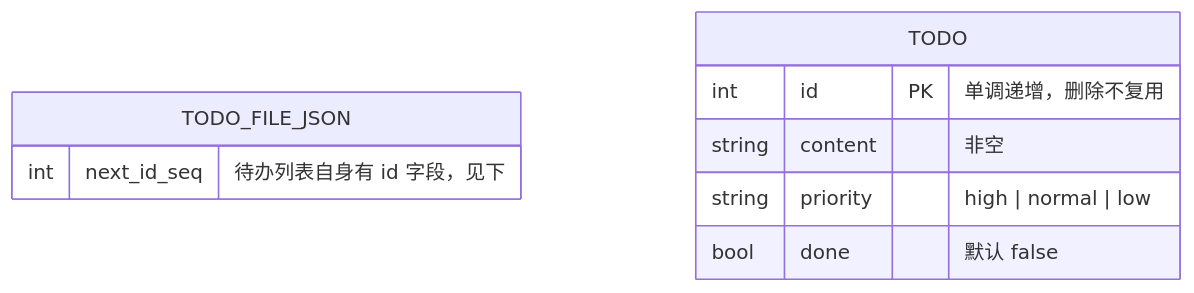
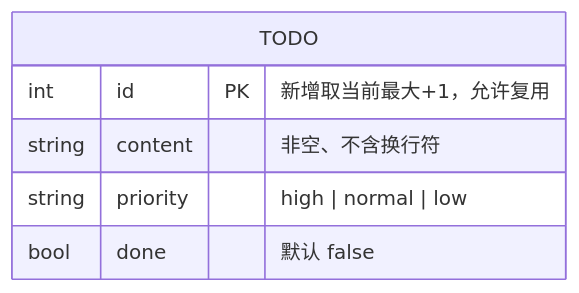
Before and after one commit to ChiangyangNPU/spec-pilot: the sixth of 7 diagrams in examples/todo-cli/docs/02-design.md, drawn with Mermaid. The commit also changed other lines of this file and 1 other file, not shown here.

````diff
--- a/examples/todo-cli/docs/02-design.md
+++ b/examples/todo-cli/docs/02-design.md
@@ -122,12 +141,9 @@
 ```mermaid
 erDiagram
-    TODO_FILE_JSON {
-        int next_id_seq "待办列表自身有 id 字段，见下"
-    }
     TODO {
-        int id PK "单调递增，删除不复用"
-        string content "非空"
+        int id PK "新增取当前最大+1，允许复用"
+        string content "非空、不含换行符"
         string priority "high | normal | low"
         bool done "默认 false"
     }
 ```
````
